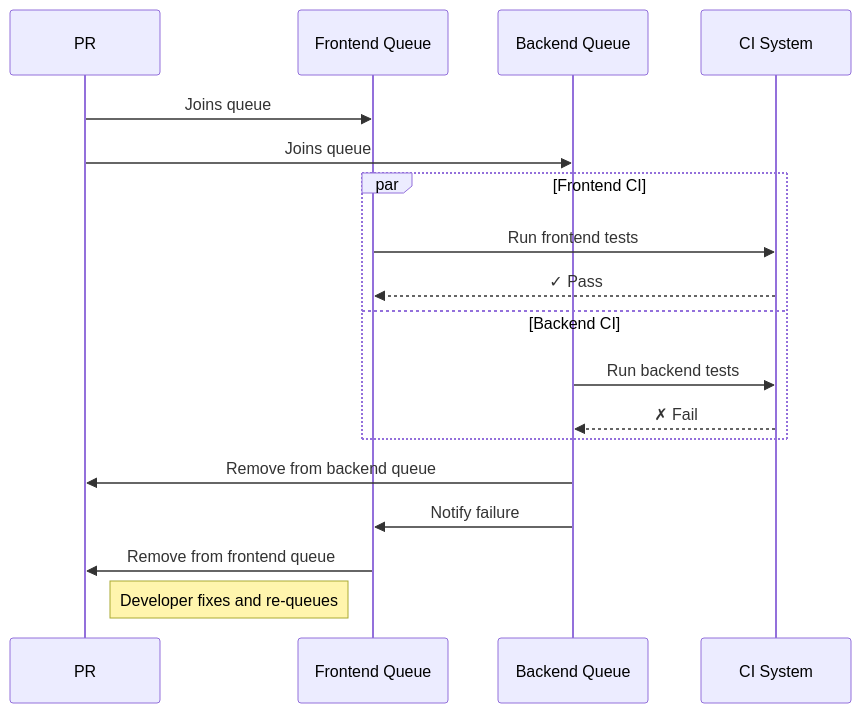
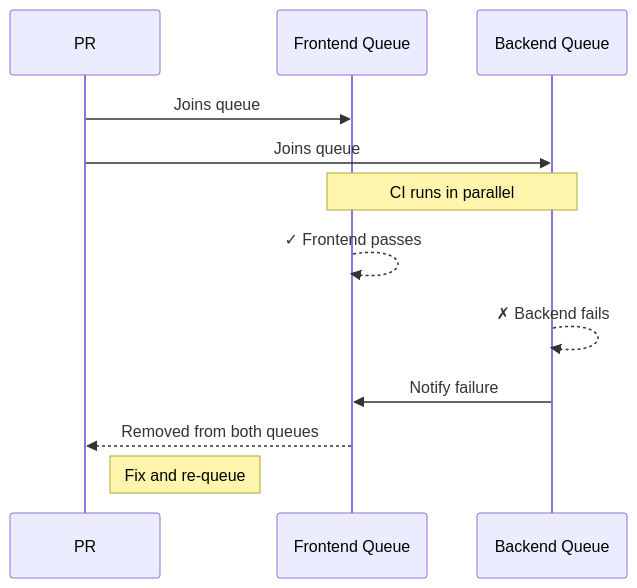
Before and after one commit to Mergifyio/merge-queue-academy: the fourth of 4 diagrams in src/content/docs/use-cases/monorepos.md, drawn with Mermaid. The commit also changed other lines of this file and 2 other files, not shown here.

````diff
--- a/src/content/docs/use-cases/monorepos.md
+++ b/src/content/docs/use-cases/monorepos.md
@@ -105,23 +99,18 @@
 ```mermaid
 sequenceDiagram
-    participant PR as PR #42 (libs/common)
+    participant PR as PR #42
     participant FQ as Frontend Queue
     participant BQ as Backend Queue
-    participant CI as CI System
 
     PR->>FQ: Joins queue
     PR->>BQ: Joins queue
 
-    par Frontend CI
-        FQ->>CI: Run frontend tests
-        CI-->>FQ: ✓ Pass
-    and Backend CI
-        BQ->>CI: Run backend tests
-        CI-->>BQ: ✗ Fail
-    end
+    Note over FQ,BQ: CI runs in parallel
 
-    BQ->>PR: Remove from backend queue
+    FQ-->>FQ: ✓ Frontend passes
+    BQ-->>BQ: ✗ Backend fails
+
     BQ->>FQ: Notify failure
-    FQ->>PR: Remove from frontend queue
-    Note right of PR: Developer fixes and re-queues
+    FQ-->>PR: Removed from both queues
+    Note right of PR: Fix and re-queue
 ```
````
